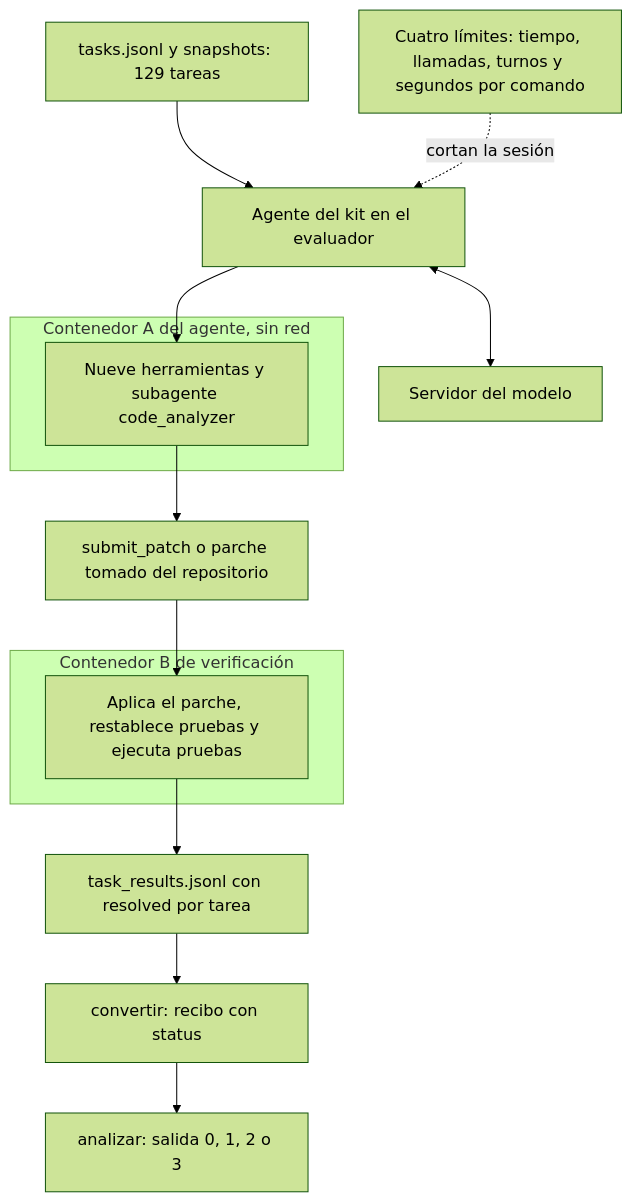
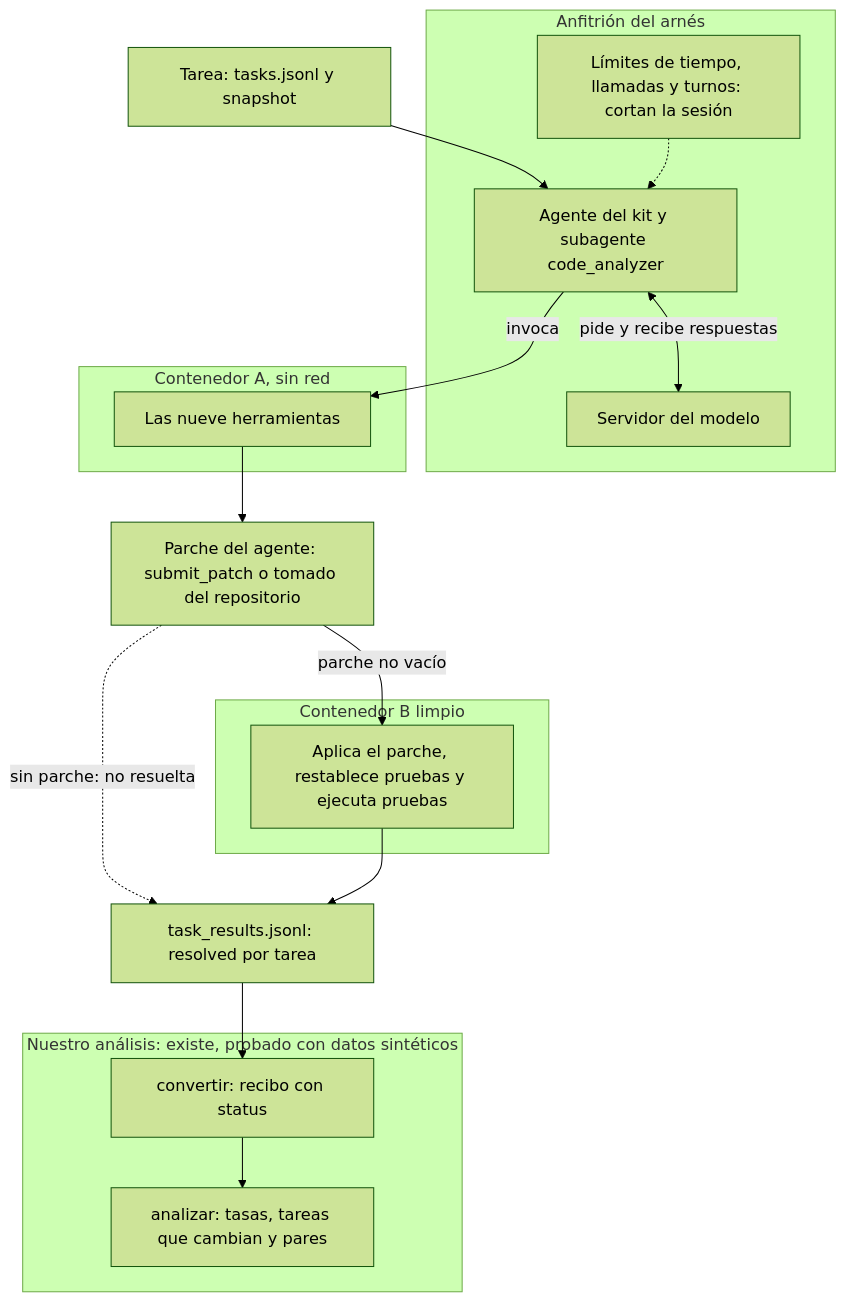
The first of 6 diagrams in experiments/gemma_developer_agent/README.md (cherrera0001/Agents_Learning_Loops), drawn with Mermaid (forest theme) before and after one commit. The commit also changed other lines of this file and 5 other files, not shown here.

````diff
--- a/experiments/gemma_developer_agent/README.md
+++ b/experiments/gemma_developer_agent/README.md
@@ -249,26 +298,31 @@
 ```mermaid
 flowchart TD
-    T["tasks.jsonl y snapshots: 129 tareas"]
-    MS["Servidor del modelo"]
-    AG["Agente del kit en el evaluador"]
-    LIM["Cuatro límites: tiempo, llamadas, turnos y segundos por comando"]
-    subgraph CA["Contenedor A del agente, sin red"]
-        HE["Nueve herramientas y subagente code_analyzer"]
+    T["Tarea: tasks.jsonl y snapshot"]
+    subgraph HA["Anfitrión del arnés"]
+        AG["Agente del kit y subagente code_analyzer"]
+        MS["Servidor del modelo"]
+        LIM["Límites de tiempo, llamadas y turnos: cortan la sesión"]
     end
-    SP["submit_patch o parche tomado del repositorio"]
-    subgraph CB["Contenedor B de verificación"]
+    subgraph CA["Contenedor A, sin red"]
+        HE["Las nueve herramientas"]
+    end
+    SP["Parche del agente: submit_patch o tomado del repositorio"]
+    subgraph CB["Contenedor B limpio"]
         VE["Aplica el parche, restablece pruebas y ejecuta pruebas"]
     end
-    TR["task_results.jsonl con resolved por tarea"]
-    CO["convertir: recibo con status"]
-    AN["analizar: salida 0, 1, 2 o 3"]
+    TR["task_results.jsonl: resolved por tarea"]
+    subgraph NA["Nuestro análisis: existe, probado con datos sintéticos"]
+        CO["convertir: recibo con status"]
+        AN["analizar: tasas, tareas que cambian y pares"]
+    end
     T --> AG
-    AG <--> MS
-    AG --> HE
-    LIM -.->|"cortan la sesión"| AG
+    AG <-->|"pide y recibe respuestas"| MS
+    AG -->|"invoca"| HE
+    LIM -.-> AG
     HE --> SP
-    SP --> VE
+    SP -->|"parche no vacío"| VE
+    SP -.->|"sin parche: no resuelta"| TR
     VE --> TR
     TR --> CO
     CO --> AN
 ```
````
